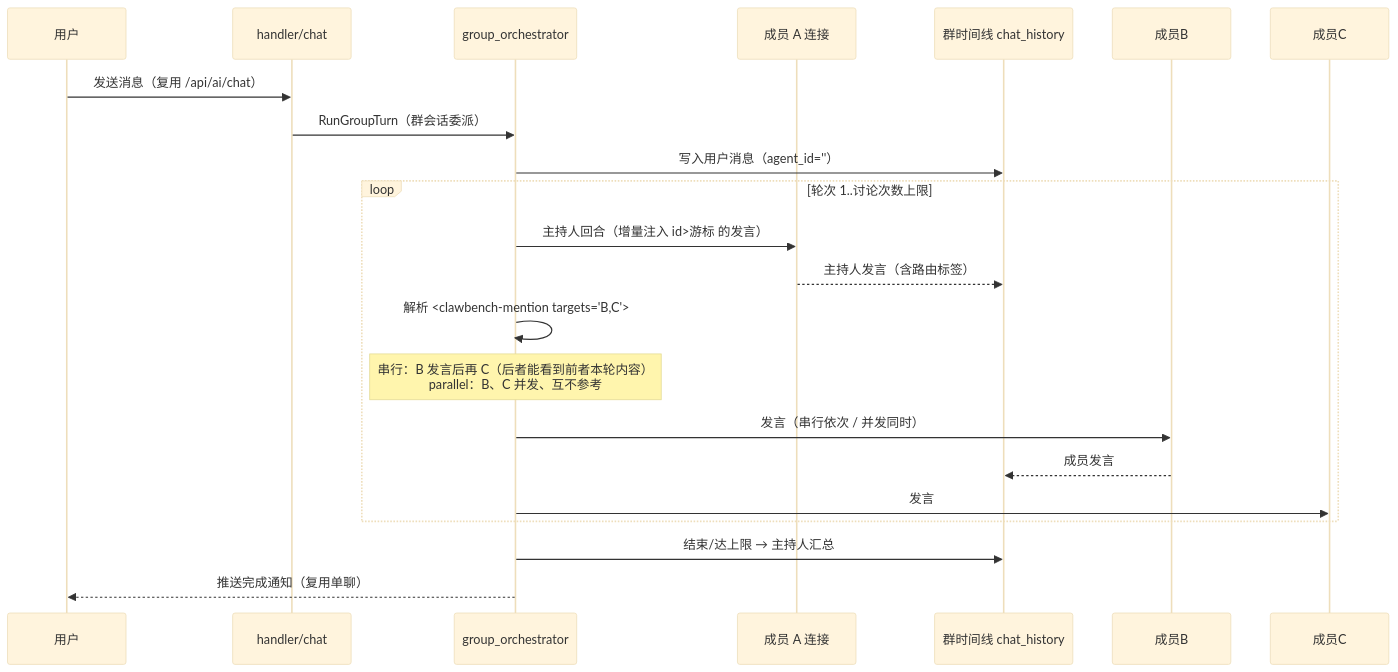
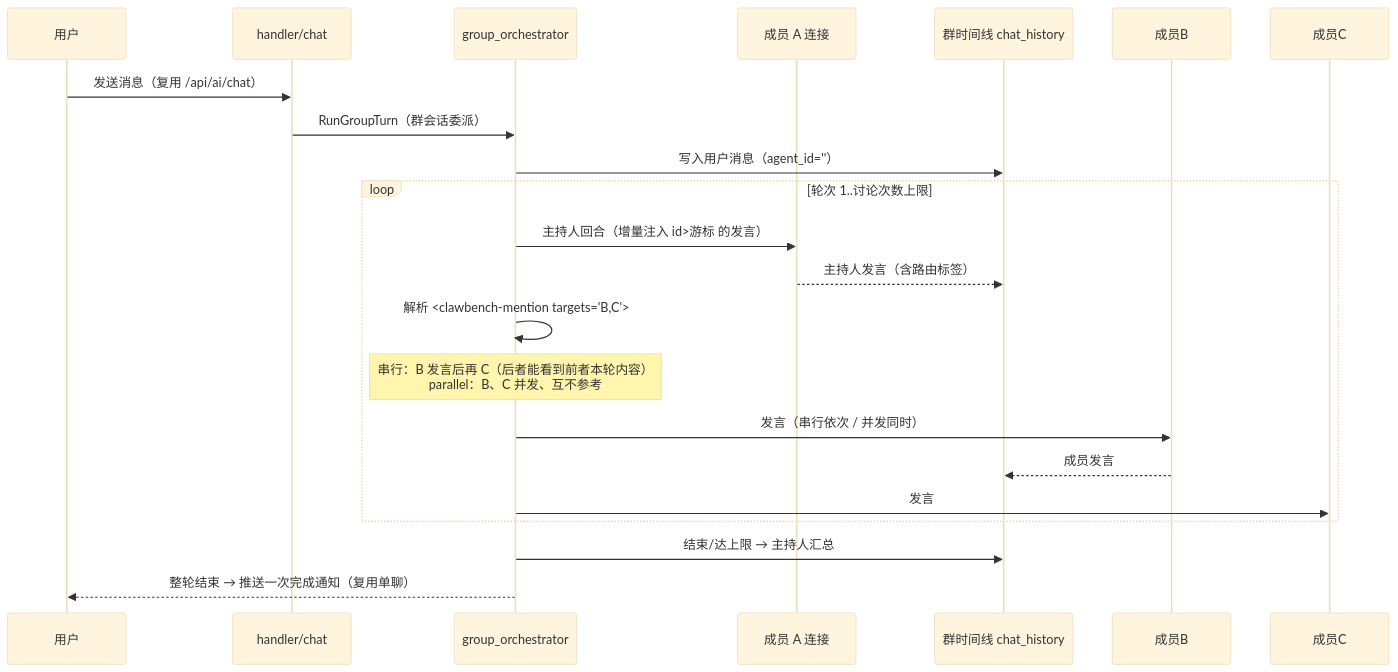
Before and after one commit to clawbench-dev/clawbench: the first of 4 diagrams in docs/spec/features/group-chat.md, drawn with Mermaid (base theme). The commit also changed other lines of this file and 14 other files, not shown here.

````diff
--- a/docs/spec/features/group-chat.md
+++ b/docs/spec/features/group-chat.md
@@ -18,23 +18,23 @@
 ```mermaid
 sequenceDiagram
     participant 用户
     participant handler as handler/chat
     participant 编排器 as group_orchestrator
     participant 成员A as 成员 A 连接
     participant 时间线 as 群时间线 chat_history
 
     用户->>handler: 发送消息（复用 /api/ai/chat）
     handler->>编排器: RunGroupTurn（群会话委派）
     编排器->>时间线: 写入用户消息（agent_id=''）
     loop 轮次 1..讨论次数上限
         编排器->>成员A: 主持人回合（增量注入 id>游标 的发言）
         成员A-->>时间线: 主持人发言（含路由标签）
         编排器->>编排器: 解析 <clawbench-mention targets="B,C">
         Note over 编排器: 串行：B 发言后再 C（后者能看到前者本轮内容）<br/>parallel：B、C 并发、互不参考
         编排器->>成员B: 发言（串行依次 / 并发同时）
         成员B-->>时间线: 成员发言
         编排器->>成员C: 发言
     end
     编排器->>时间线: 结束/达上限 → 主持人汇总
-    编排器-->>用户: 推送完成通知（复用单聊）
+    编排器-->>用户: 整轮结束 → 推送一次完成通知（复用单聊）
 ```
````
